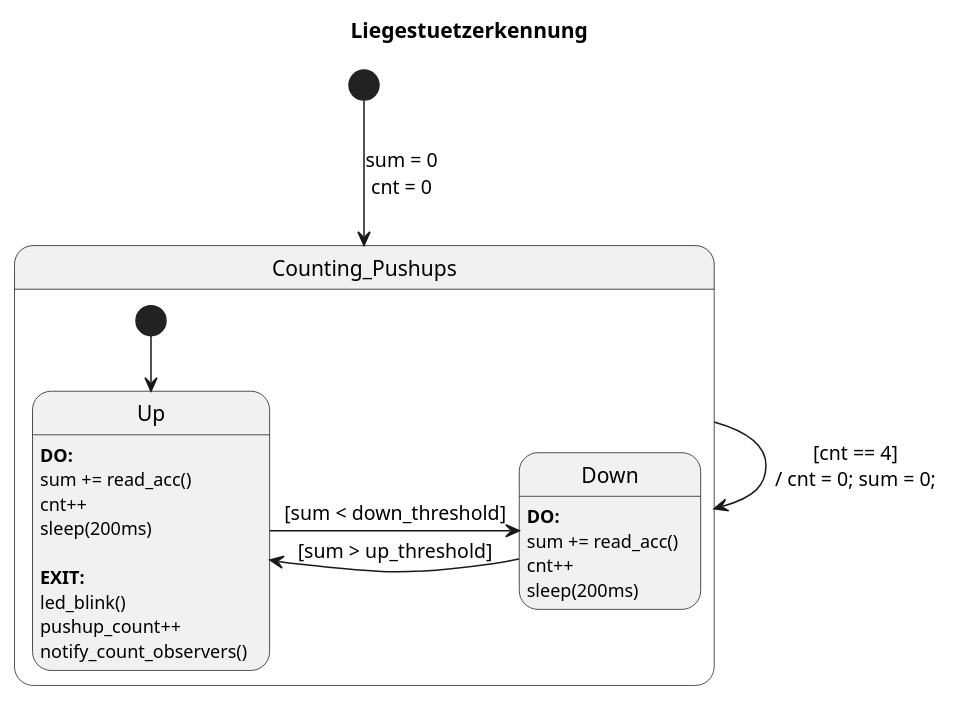
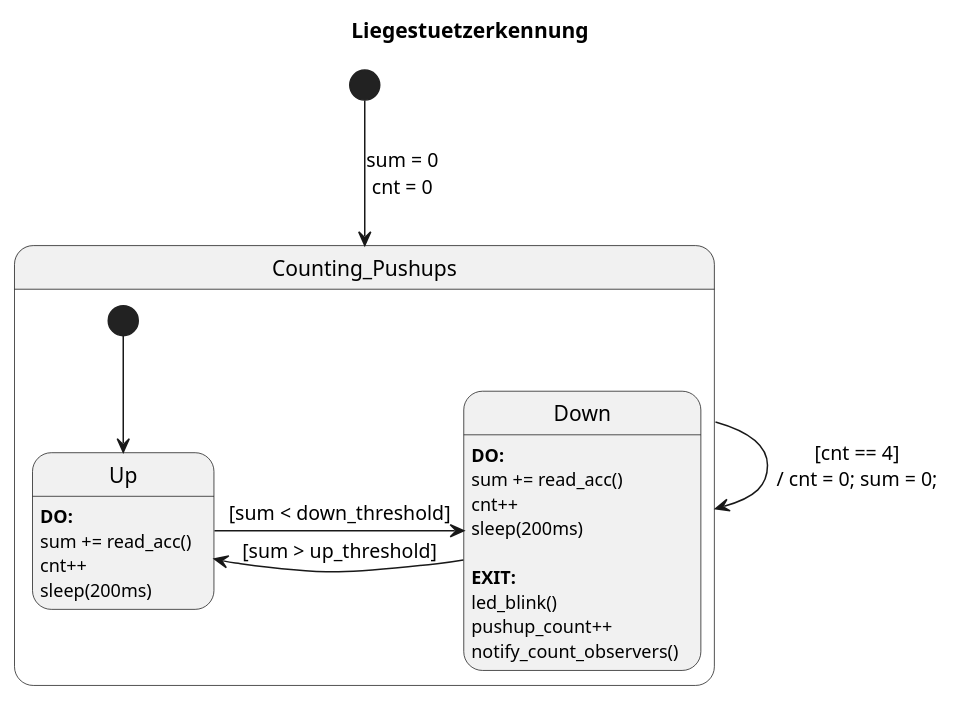
The diagram in pushup_contest/docs/pushup_detection_state_machine.puml (friedrichdudda/AIT05), drawn with PlantUML before and after one commit.

```diff
--- a/pushup_contest/docs/pushup_detection_state_machine.puml
+++ b/pushup_contest/docs/pushup_detection_state_machine.puml
@@ -1,12 +1,12 @@
 @startuml Liegestuetzerkennung
 title Liegestuetzerkennung
 [*] --> Counting_Pushups: sum = 0\ncnt = 0
 state Counting_Pushups {
     [*] --> Up
-    Up: **DO:**\nsum += read_acc()\ncnt++\nsleep(200ms)\n\n**EXIT:**\nled_blink()\npushup_count++\nnotify_count_observers()
-    Down: **DO:**\nsum += read_acc()\ncnt++\nsleep(200ms)
+    Up: **DO:**\nsum += read_acc()\ncnt++\nsleep(200ms)
+    Down: **DO:**\nsum += read_acc()\ncnt++\nsleep(200ms)\n\n**EXIT:**\nled_blink()\npushup_count++\nnotify_count_observers()
     Up -r-> Down: [sum < down_threshold]
     Down -l-> Up: [sum > up_threshold]
 }
 Counting_Pushups --> Counting_Pushups: [cnt == 4]\n/ cnt = 0; sum = 0;
 @enduml
```
